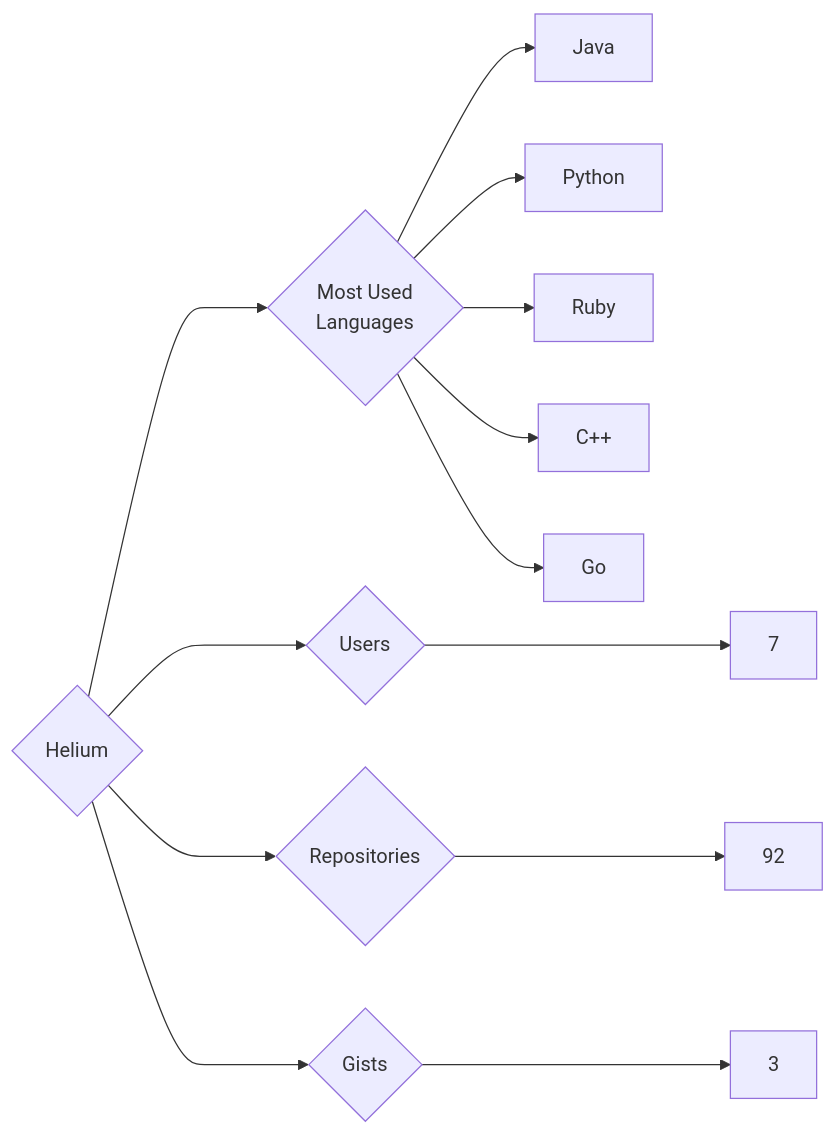
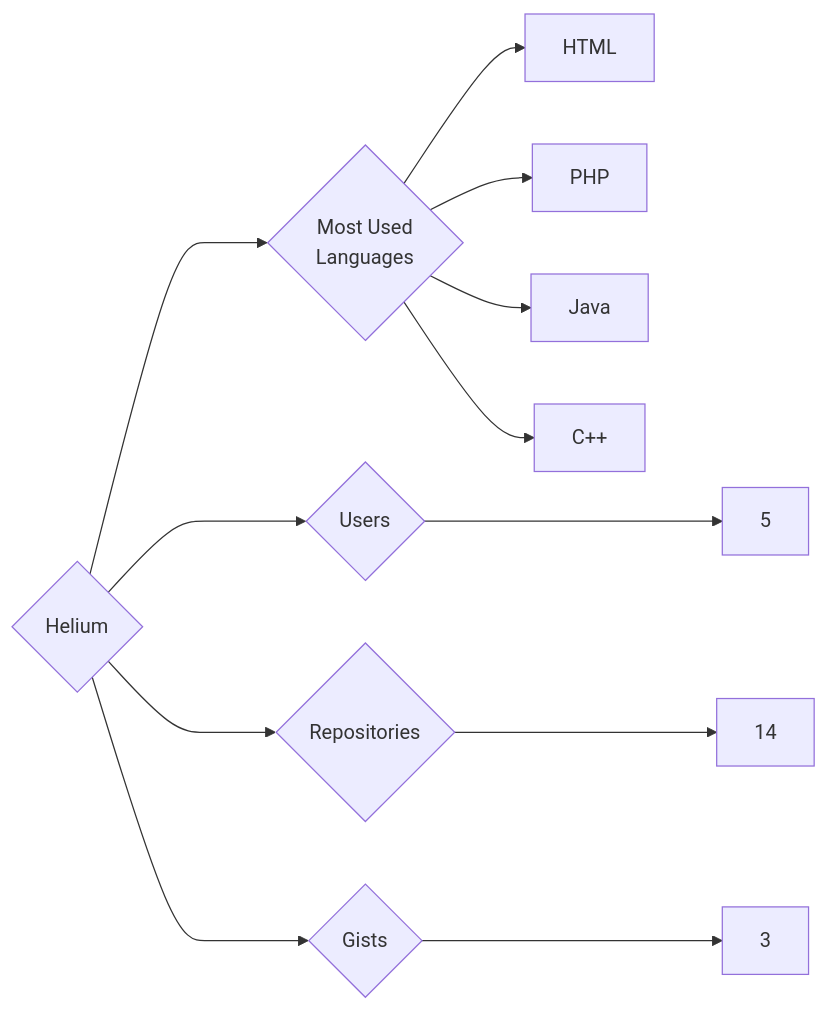
One commit to trickest/insiders changed the diagram in targets/Helium/README.md. Above: the diagram before and after it, drawn with Mermaid. The commit also changed 815 other files, not shown here.

````diff
--- a/targets/Helium/README.md
+++ b/targets/Helium/README.md
@@ -3,13 +3,12 @@
 ```mermaid
 graph LR
 COMPANY_NAME{Helium}
-COMPANY_NAME ---> U{Users} ---> UN[7]
-COMPANY_NAME ---> R{Repositories} ---> RN[92]
+COMPANY_NAME ---> U{Users} ---> UN[5]
+COMPANY_NAME ---> R{Repositories} ---> RN[14]
 COMPANY_NAME ---> G{Gists} ---> GN[3]
 COMPANY_NAME ---> ML{Most Used<br>Languages}
+ML --> HTML[HTML]
+ML --> PHP[PHP]
 ML --> Java[Java]
-ML --> Python[Python]
-ML --> Ruby[Ruby]
 ML --> C++[C++]
-ML --> Go[Go]
 ```
````
